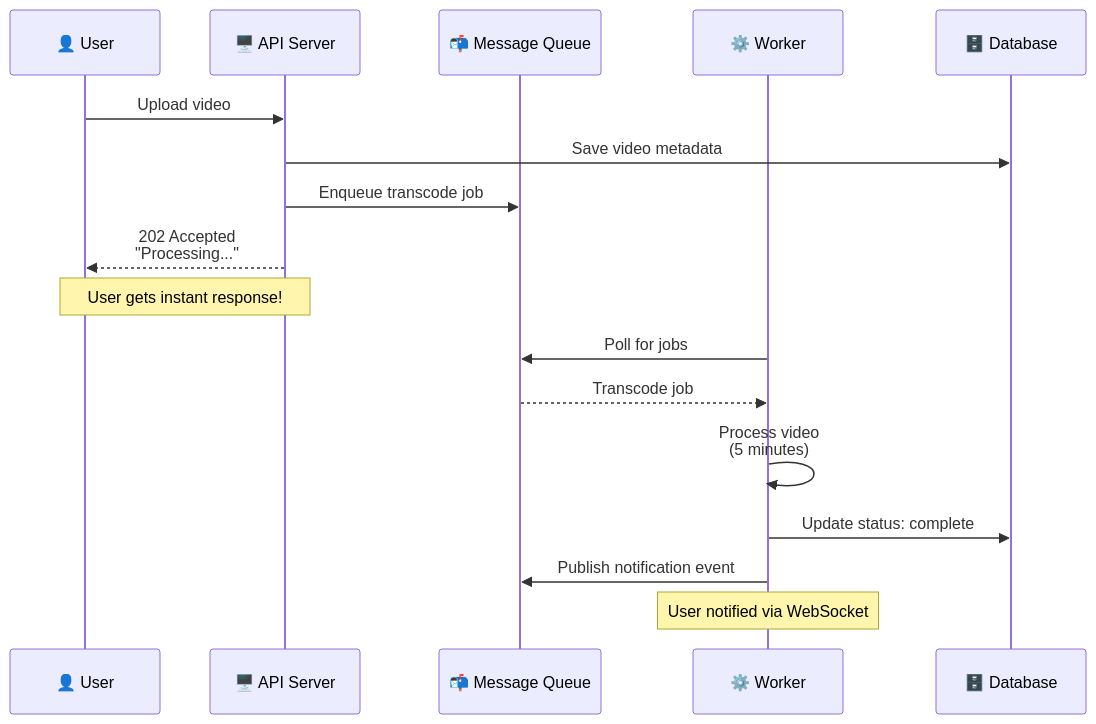
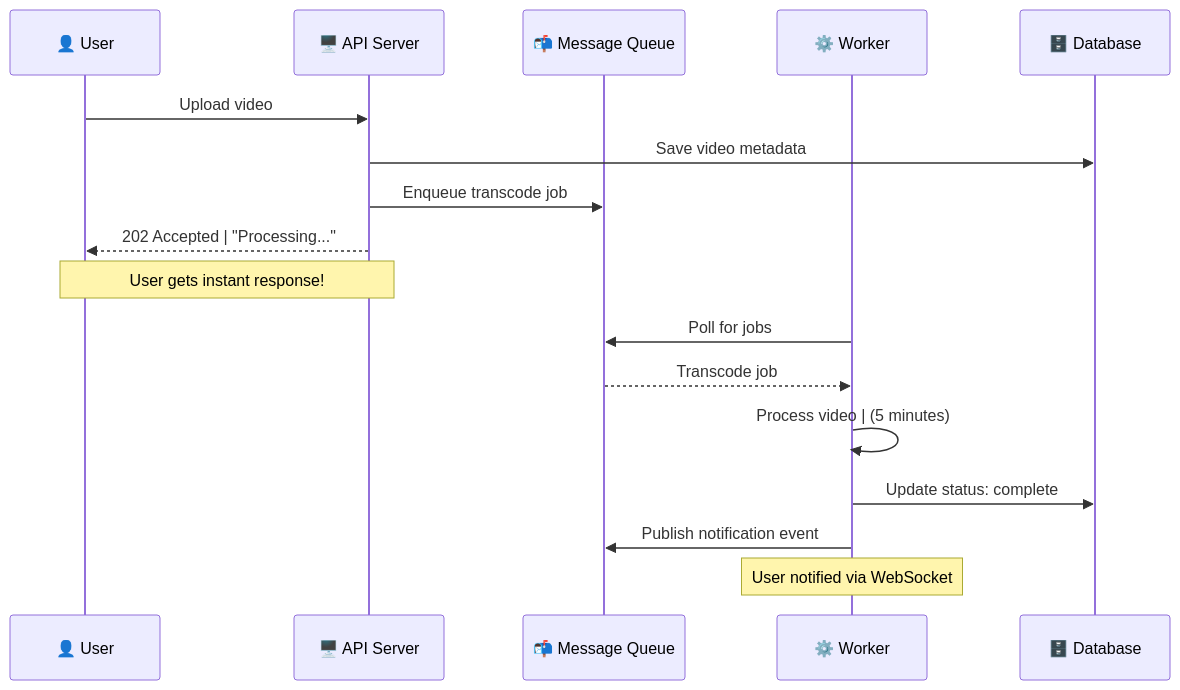
Diagram 12 of 16 in HLD/foundation/07_scalability-patterns.md (p1kmr/for-reading), drawn with Mermaid before and after one commit. The commit also changed other lines of this file and 14 other files, not shown here.

Commit message:
Fix Mermaid diagram syntax: Replace <br/> with <br> for GitHub compatibility

````diff
--- a/HLD/foundation/07_scalability-patterns.md
+++ b/HLD/foundation/07_scalability-patterns.md
@@ -520,23 +520,23 @@
 ```mermaid
 sequenceDiagram
     participant User as 👤 User
     participant API as 🖥️ API Server
     participant Queue as 📬 Message Queue
     participant Worker as ⚙️ Worker
     participant DB as 🗄️ Database
 
     User->>API: Upload video
     API->>DB: Save video metadata
     API->>Queue: Enqueue transcode job
-    API-->>User: 202 Accepted<br/>"Processing..."
+    API-->>User: 202 Accepted | "Processing..."
 
     Note over User,API: User gets instant response!
 
     Worker->>Queue: Poll for jobs
     Queue-->>Worker: Transcode job
-    Worker->>Worker: Process video<br/>(5 minutes)
+    Worker->>Worker: Process video | (5 minutes)
     Worker->>DB: Update status: complete
     Worker->>Queue: Publish notification event
 
     Note over Worker: User notified via WebSocket
 ```
````
